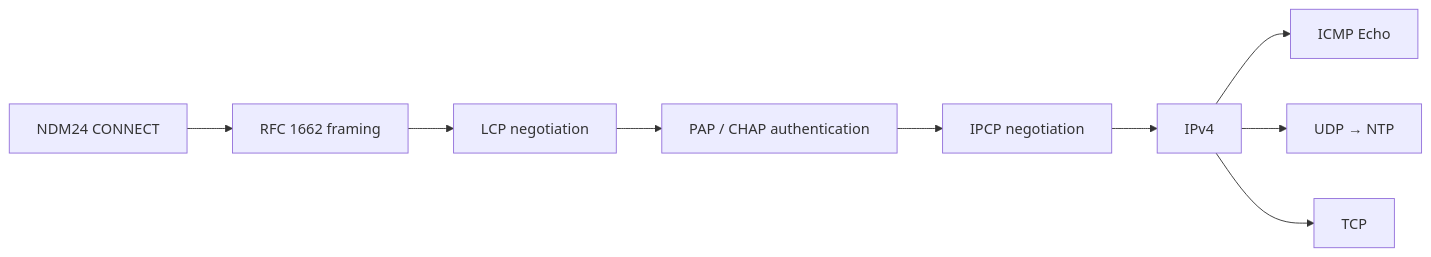
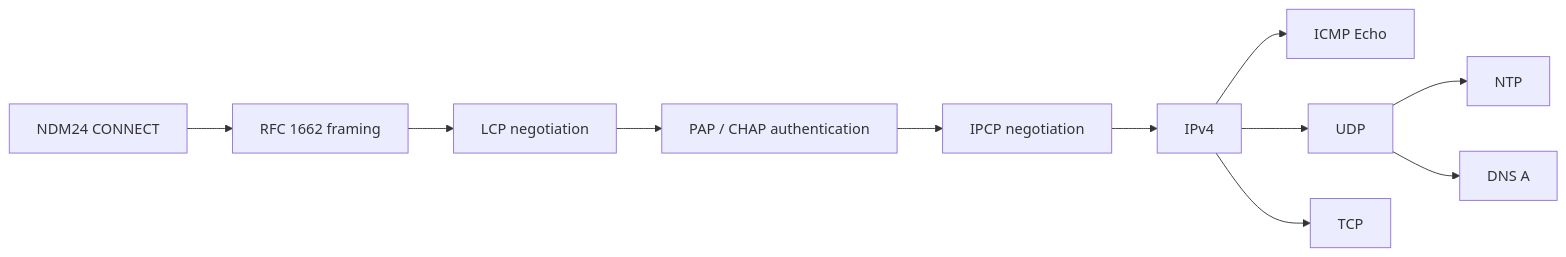
One commit to mucho613/snes-modem-control changed the diagram in docs/ppp.md. Above: the diagram before and after it, drawn with Mermaid. The commit also changed other lines of this file and 23 other files, not shown here.

Commit message:
feat: add public DNS queries over UDP

````diff
--- a/docs/ppp.md
+++ b/docs/ppp.md
@@ -11,11 +11,13 @@
 ```mermaid
 flowchart LR
     C["NDM24 CONNECT"] --> F["RFC 1662 framing"]
     F --> L["LCP negotiation"]
     L --> A["PAP / CHAP authentication"]
     A --> I["IPCP negotiation"]
     I --> V["IPv4"]
     V --> E["ICMP Echo"]
-    V --> U["UDP → NTP"]
+    V --> U["UDP"]
+    U --> N["NTP"]
+    U --> D["DNS A"]
     V --> T["TCP"]
 ```
````
